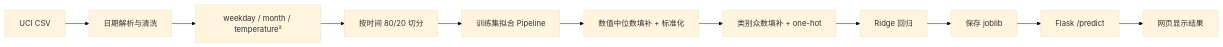
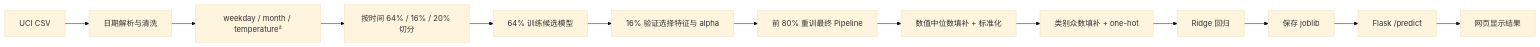
The diagram in PRESENTATION.md (Ouy5517/ML_homework_1), drawn with Mermaid (base theme) before and after one commit. The commit also changed other lines of this file and 14 other files, not shown here.

````diff
--- a/PRESENTATION.md
+++ b/PRESENTATION.md
@@ -59,13 +59,15 @@
 ```mermaid
 flowchart LR
     A[UCI CSV] --> B[日期解析与清洗]
     B --> C[weekday / month / temperature²]
-    C --> D[按时间 80/20 切分]
-    D --> E[训练集拟合 Pipeline]
-    E --> F[数值中位数填补 + 标准化]
-    F --> G[类别众数填补 + one-hot]
-    G --> H[Ridge 回归]
-    H --> I[保存 joblib]
-    I --> J[Flask /predict]
-    J --> K[网页显示结果]
+    C --> D[按时间 64% / 16% / 20% 切分]
+    D --> E[64% 训练候选模型]
+    E --> F[16% 验证选择特征与 alpha]
+    F --> G[前 80% 重训最终 Pipeline]
+    G --> H[数值中位数填补 + 标准化]
+    H --> I[类别众数填补 + one-hot]
+    I --> J[Ridge 回归]
+    J --> K[保存 joblib]
+    K --> L[Flask /predict]
+    L --> M[网页显示结果]
 ```
````
